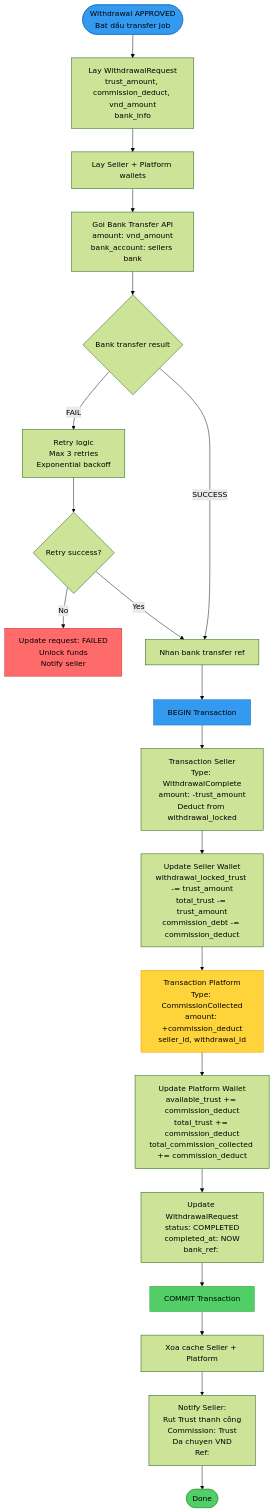
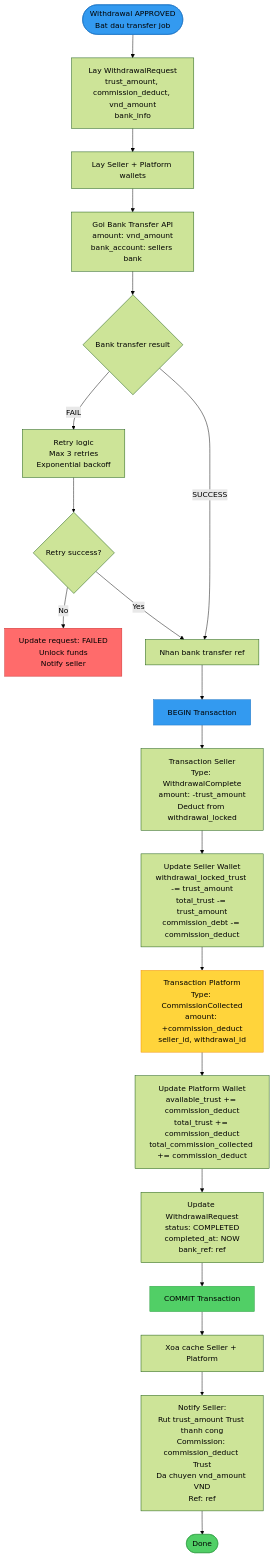
Before and after one commit to anhnguyen123312/ShopMMO: the ninth of 20 diagrams in mmo-api/docs/v2/05-wallet-v2-platform-wallet-flows.md, drawn with Mermaid (forest theme). The commit also changed other lines of this file, not shown here.

````diff
--- a/mmo-api/docs/v2/05-wallet-v2-platform-wallet-flows.md
+++ b/mmo-api/docs/v2/05-wallet-v2-platform-wallet-flows.md
@@ -670,42 +670,42 @@
 ```mermaid
 flowchart TD
-    Start([Withdrawal APPROVED<br/>Bat dầu transfer job])
+    Start([Withdrawal APPROVED<br>Bat dau transfer job])
 
     %% Get Info
-    Start --> GetRequest[Lay WithdrawalRequest<br/>trust_amount, commission_deduct, vnd_amount<br/>bank_info]
+    Start --> GetRequest[Lay WithdrawalRequest<br>trust_amount, commission_deduct, vnd_amount<br>bank_info]
     GetRequest --> GetWallets[Lay Seller + Platform wallets]
 
     %% Bank Transfer
-    GetWallets --> CallBankAPI[Goi Bank Transfer API<br/>amount: vnd_amount<br/>bank_account: sellers bank]
+    GetWallets --> CallBankAPI[Goi Bank Transfer API<br>amount: vnd_amount<br>bank_account: sellers bank]
     CallBankAPI --> BankResult{Bank transfer result}
-    BankResult -->|FAIL| HandleFail[Retry logic<br/>Max 3 retries<br/>Exponential backoff]
+    BankResult -->|FAIL| HandleFail[Retry logic<br>Max 3 retries<br>Exponential backoff]
     HandleFail --> RetryCheck{Retry success?}
-    RetryCheck -->|No| FailFinal[Update request: FAILED<br/>Unlock funds<br/>Notify seller]
+    RetryCheck -->|No| FailFinal[Update request: FAILED<br>Unlock funds<br>Notify seller]
     RetryCheck -->|Yes| BankSuccess
     BankResult -->|SUCCESS| BankSuccess[Nhan bank transfer ref]
 
     %% Complete Withdrawal Transaction
-    BankSuccess --> BeginTx[ BEGIN Transaction]
-    BeginTx --> CompleteWithdrawal[Transaction Seller<br/>Type: WithdrawalComplete<br/>amount: -trust_amount<br/>Deduct from withdrawal_locked]
-    CompleteWithdrawal --> UpdateSellerWallet[Update Seller Wallet<br/>withdrawal_locked_trust -= trust_amount<br/>total_trust -= trust_amount<br/>commission_debt -= commission_deduct]
+    BankSuccess --> BeginTx[BEGIN Transaction]
+    BeginTx --> CompleteWithdrawal[Transaction Seller<br>Type: WithdrawalComplete<br>amount: -trust_amount<br>Deduct from withdrawal_locked]
+    CompleteWithdrawal --> UpdateSellerWallet[Update Seller Wallet<br>withdrawal_locked_trust -= trust_amount<br>total_trust -= trust_amount<br>commission_debt -= commission_deduct]
 
     %% Commission to Platform
-    UpdateSellerWallet --> CommissionTx[Transaction Platform<br/>Type: CommissionCollected<br/>amount: +commission_deduct<br/>seller_id, withdrawal_id]
-    CommissionTx --> UpdatePlatformWallet[Update Platform Wallet<br/>available_trust += commission_deduct<br/>total_trust += commission_deduct<br/>total_commission_collected += commission_deduct]
+    UpdateSellerWallet --> CommissionTx[Transaction Platform<br>Type: CommissionCollected<br>amount: +commission_deduct<br>seller_id, withdrawal_id]
+    CommissionTx --> UpdatePlatformWallet[Update Platform Wallet<br>available_trust += commission_deduct<br>total_trust += commission_deduct<br>total_commission_collected += commission_deduct]
 
     %% Finalize
-    UpdatePlatformWallet --> UpdateRequest[Update WithdrawalRequest<br/>status: COMPLETED<br/>completed_at: NOW<br/>bank_ref: <ref>]
-    UpdateRequest --> CommitTx[ COMMIT Transaction]
+    UpdatePlatformWallet --> UpdateRequest[Update WithdrawalRequest<br>status: COMPLETED<br>completed_at: NOW<br>bank_ref: ref]
+    UpdateRequest --> CommitTx[COMMIT Transaction]
 
     %% Notification
     CommitTx --> InvalidateCache[Xoa cache Seller + Platform]
-    InvalidateCache --> NotifySeller[Notify Seller:<br/>Rut <trust_amount> Trust thanh công<br/>Commission: <commission_deduct> Trust<br/>Da chuyen <vnd_amount> VND<br/>Ref: <bank_ref>]
+    InvalidateCache --> NotifySeller[Notify Seller:<br>Rut trust_amount Trust thanh cong<br>Commission: commission_deduct Trust<br>Da chuyen vnd_amount VND<br>Ref: ref]
     NotifySeller --> End([Done])
 
     style Start fill:#339af0,stroke:#1971c2
     style End fill:#51cf66,stroke:#2f9e44
     style BeginTx fill:#339af0,stroke:#1971c2
     style CommitTx fill:#51cf66,stroke:#2f9e44
     style FailFinal fill:#ff6b6b,stroke:#c92a2a
     style CommissionTx fill:#ffd43b,stroke:#f08c00
 ```
````
